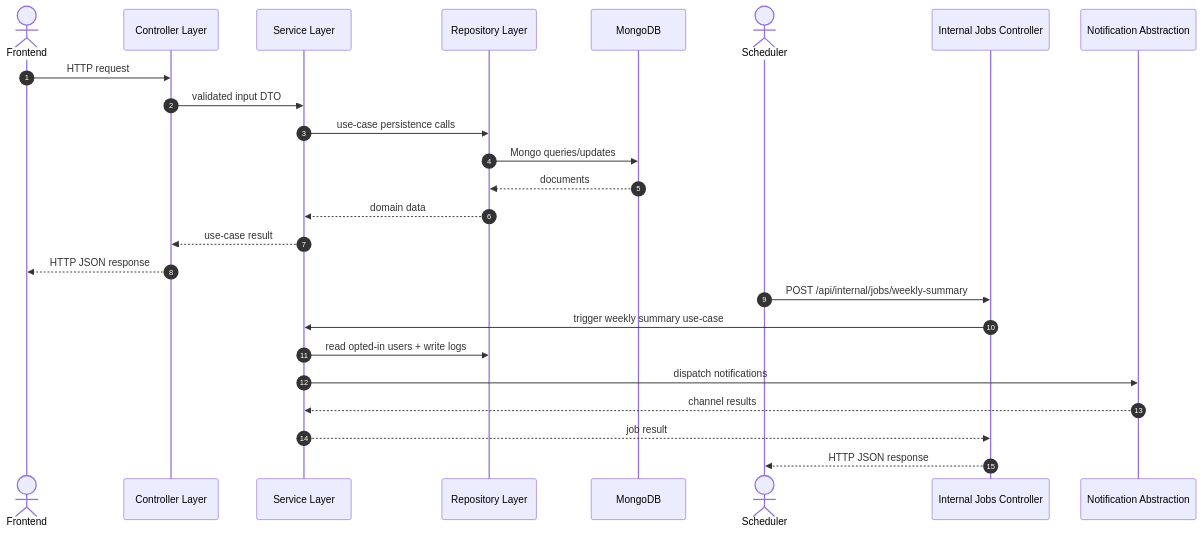
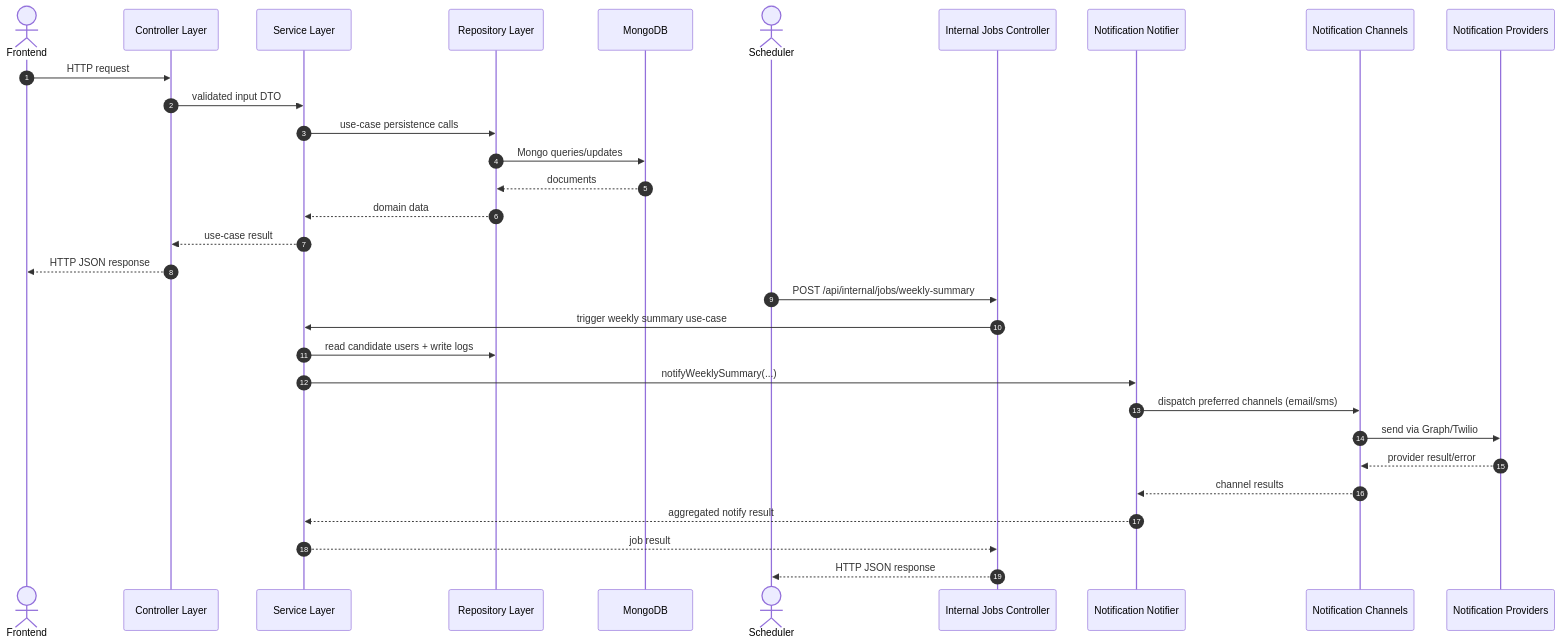
One commit to CMU-413/avenu changed the diagram in docs/architecture/diagrams/internal-layer-interaction-sequence.mmd. Above: the diagram before and after it, drawn with Mermaid. The commit also changed 8 other files, not shown here.

Commit message:
docs: SMS architecture docs + artifacts

```diff
--- a/docs/architecture/diagrams/internal-layer-interaction-sequence.mmd
+++ b/docs/architecture/diagrams/internal-layer-interaction-sequence.mmd
@@ -1,28 +1,34 @@
 sequenceDiagram
     autonumber
     actor Frontend
     participant Controller as Controller Layer
     participant Service as Service Layer
     participant Repository as Repository Layer
     participant DB as MongoDB
 
     Frontend->>Controller: HTTP request
     Controller->>Service: validated input DTO
     Service->>Repository: use-case persistence calls
     Repository->>DB: Mongo queries/updates
     DB-->>Repository: documents
     Repository-->>Service: domain data
     Service-->>Controller: use-case result
     Controller-->>Frontend: HTTP JSON response
 
     actor Scheduler
     participant InternalController as Internal Jobs Controller
-    participant Notification as Notification Abstraction
+    participant Notifier as Notification Notifier
+    participant Channel as Notification Channels
+    participant Provider as Notification Providers
 
     Scheduler->>InternalController: POST /api/internal/jobs/weekly-summary
     InternalController->>Service: trigger weekly summary use-case
-    Service->>Repository: read opted-in users + write logs
-    Service->>Notification: dispatch notifications
-    Notification-->>Service: channel results
+    Service->>Repository: read candidate users + write logs
+    Service->>Notifier: notifyWeeklySummary(...)
+    Notifier->>Channel: dispatch preferred channels (email/sms)
+    Channel->>Provider: send via Graph/Twilio
+    Provider-->>Channel: provider result/error
+    Channel-->>Notifier: channel results
+    Notifier-->>Service: aggregated notify result
     Service-->>InternalController: job result
     InternalController-->>Scheduler: HTTP JSON response
```
